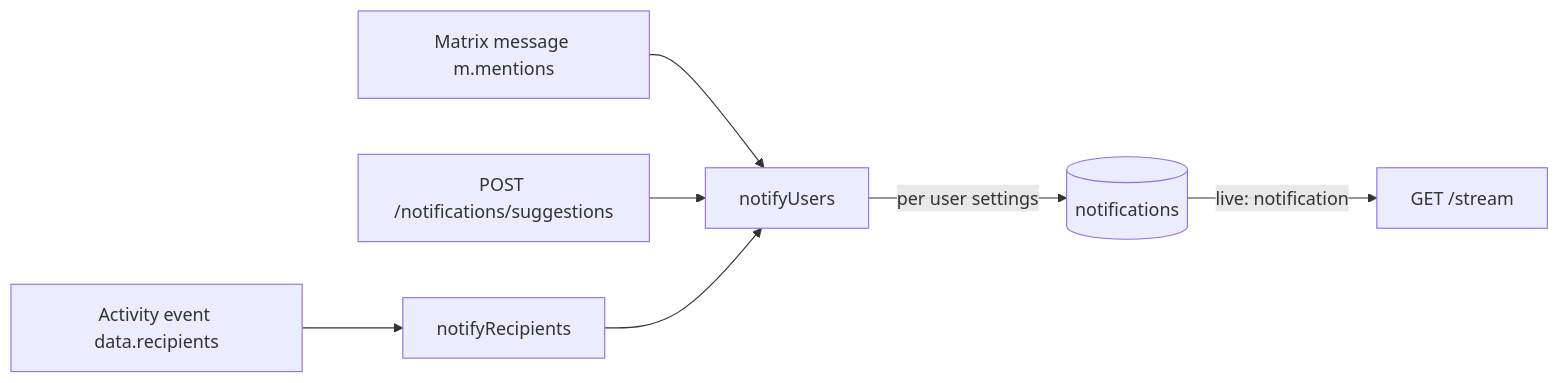
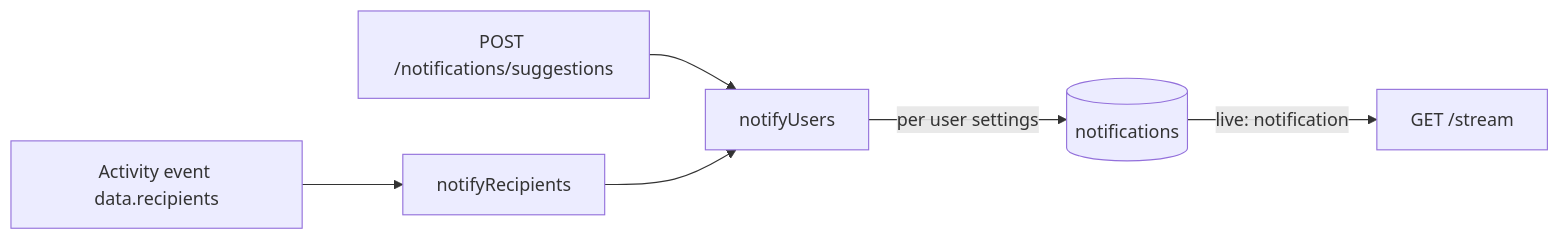
One commit to linagora/twake-space changed the fourth of 5 diagrams in docs/events.md. Above: the diagram before and after it, drawn with Mermaid. The commit also changed other lines of this file and 35 other files, not shown here.

````diff
--- a/docs/events.md
+++ b/docs/events.md
@@ -335,9 +315,8 @@
 ```mermaid
 flowchart LR
   AE[Activity event data.recipients] --> NR[notifyRecipients]
-  MM[Matrix message m.mentions] --> NU[notifyUsers]
-  AS[POST /notifications/suggestions] --> NU
+  AS[POST /notifications/suggestions] --> NU[notifyUsers]
   NR --> NU
   NU -->|per user settings| N[(notifications)]
   N -->|live: notification| SSE[GET /stream]
 ```
````
